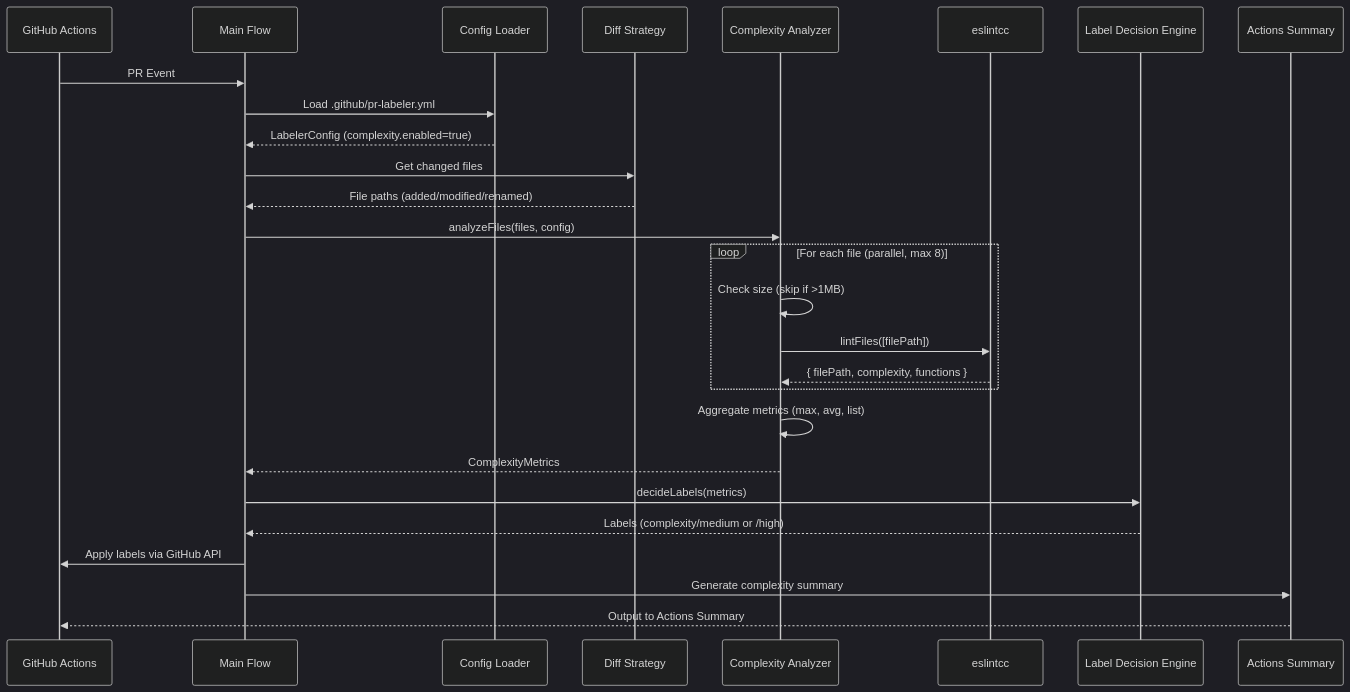
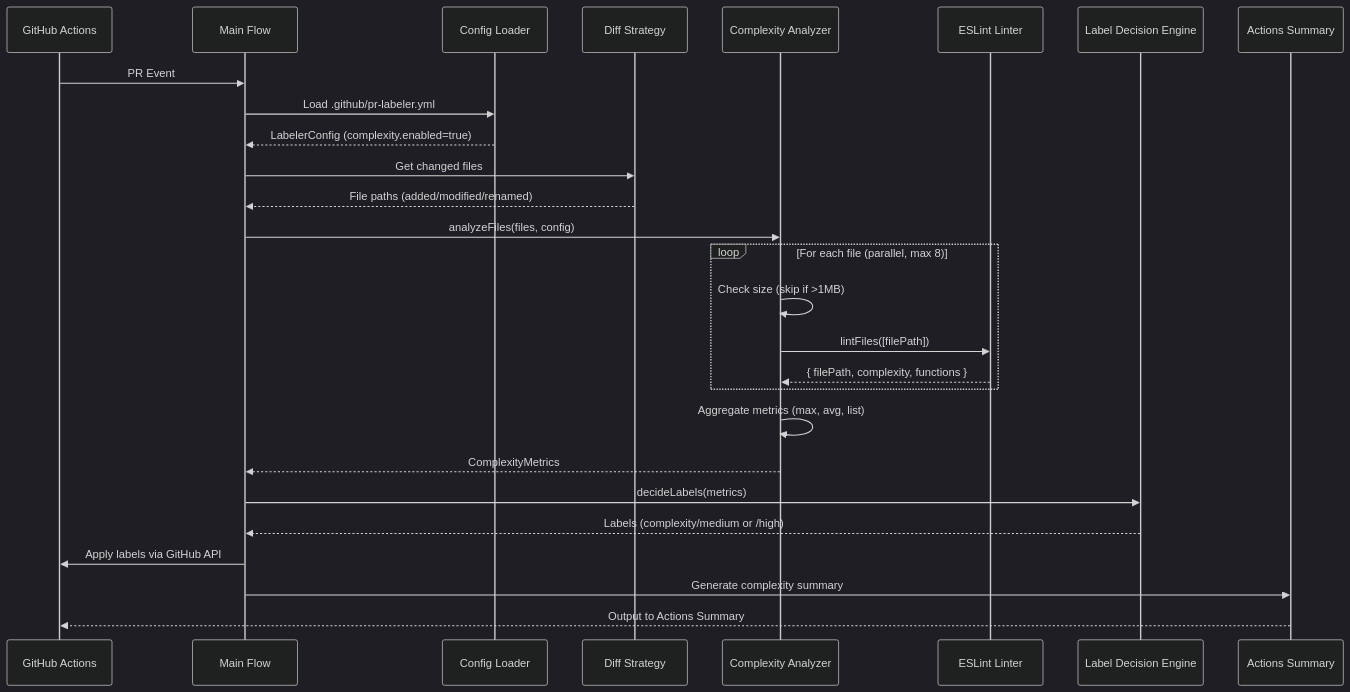
The second of 3 diagrams in .kiro/specs/code-complexity-analysis/design.md (jey3dayo/pr-labeler), drawn with Mermaid (dark theme) before and after one commit. The commit also changed other lines of this file and 6 other files, not shown here.

````diff
--- a/.kiro/specs/code-complexity-analysis/design.md
+++ b/.kiro/specs/code-complexity-analysis/design.md
@@ -365,35 +343,35 @@
 ```mermaid
 sequenceDiagram
     participant GHA as GitHub Actions
     participant Main as Main Flow
     participant Config as Config Loader
     participant Diff as Diff Strategy
     participant CA as Complexity Analyzer
-    participant EC as eslintcc
+    participant EC as ESLint Linter
     participant LDE as Label Decision Engine
     participant Sum as Actions Summary
 
     GHA->>Main: PR Event
     Main->>Config: Load .github/pr-labeler.yml
     Config-->>Main: LabelerConfig (complexity.enabled=true)
     Main->>Diff: Get changed files
     Diff-->>Main: File paths (added/modified/renamed)
 
     Main->>CA: analyzeFiles(files, config)
 
     loop For each file (parallel, max 8)
         CA->>CA: Check size (skip if >1MB)
         CA->>EC: lintFiles([filePath])
         EC-->>CA: { filePath, complexity, functions }
     end
 
     CA->>CA: Aggregate metrics (max, avg, list)
     CA-->>Main: ComplexityMetrics
 
     Main->>LDE: decideLabels(metrics)
     LDE-->>Main: Labels (complexity/medium or /high)
     Main->>GHA: Apply labels via GitHub API
 
     Main->>Sum: Generate complexity summary
     Sum-->>GHA: Output to Actions Summary
 ```
````
